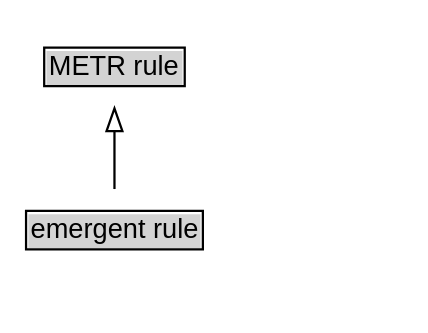
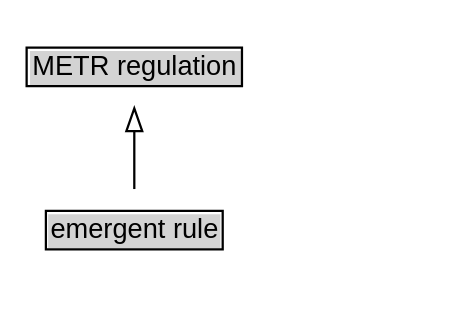
The diagram in preview/diagrams/emergent rule.dot (k-vaughn/iso24315-vocab), drawn with Graphviz before and after one commit. The commit also changed 195 other files, not shown here.

```diff
--- a/preview/diagrams/emergent rule.dot
+++ b/preview/diagrams/emergent rule.dot
@@ -1,16 +1,16 @@
 // Diagram for emergent rule
 digraph {
 	graph [overlap=false rankdir=TB splines=true]
 	node [fontname=Arial fontsize=12 margin=0 shape=none]
 	edge [fontname=Arial fontsize=11]
 	{
 		rank=max
 		"emergent rule" [label=<<TABLE BORDER="1" CELLBORDER="0" CELLSPACING="0" CELLPADDING="1"><TR><TD BGCOLOR="lightgray" ALIGN="CENTER" PORT="e">emergent rule</TD></TR></TABLE>> margin=0]
 	}
-	metrRule [label=<<TABLE BORDER="1" CELLBORDER="0" CELLSPACING="0" CELLPADDING="1"><TR><TD BGCOLOR="lightgray" ALIGN="CENTER">METR rule</TD></TR></TABLE>> URL="../terms/METR rule/" margin=0 target=_top]
+	metrRegulation [label=<<TABLE BORDER="1" CELLBORDER="0" CELLSPACING="0" CELLPADDING="1"><TR><TD BGCOLOR="lightgray" ALIGN="CENTER">METR regulation</TD></TR></TABLE>> URL="../terms/METR regulation/" margin=0 target=_top]
 	subgraph cluster_associated {
 		label="" style=invis
 		Invis [label=<<TABLE BORDER="0" CELLBORDER="0" CELLSPACING="0" CELLPADDING="1"><TR><TD></TD></TR></TABLE>> margin=0 style=invis]
 	}
-	"emergent rule" -> metrRule [arrowhead=onormal style=solid]
+	"emergent rule" -> metrRegulation [arrowhead=onormal style=solid]
 }
```
